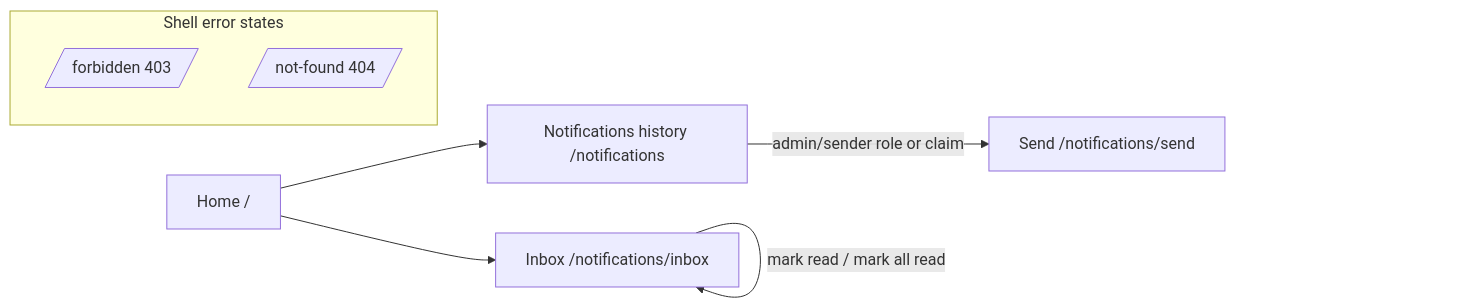
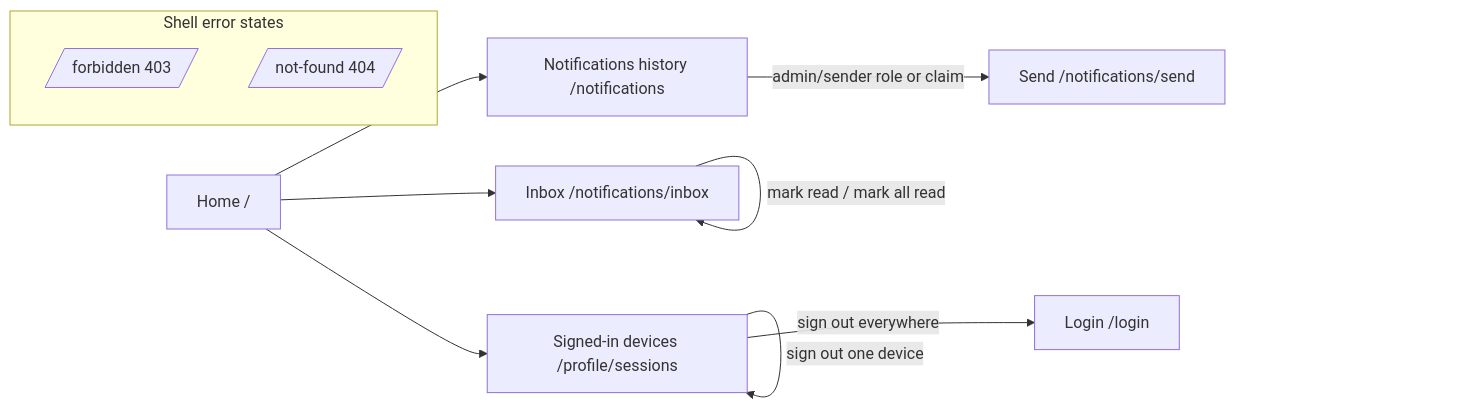
One commit to ivanball/MMCA.Common changed the second of 2 diagrams in NavigationFlow.md. Above: the diagram before and after it, drawn with Mermaid. The commit also changed other lines of this file and 89 other files, not shown here.

First line of the commit message:
feat!: v1.164 wave - per-device sessions, retention sweep, full UI Result conversion, cross-edge severity (#291)

````diff
--- a/NavigationFlow.md
+++ b/NavigationFlow.md
@@ -64,11 +65,14 @@
 ```mermaid
 flowchart LR
     H[Home /] --> N[Notifications history /notifications]
     H --> X[Inbox /notifications/inbox]
+    H --> D[Signed-in devices /profile/sessions]
     N -->|admin/sender role or claim| S[Send /notifications/send]
     X -->|mark read / mark all read| X
+    D -->|sign out one device| D
+    D -->|sign out everywhere| L[Login /login]
     subgraph Shell error states
       F[/forbidden 403/]
       NF[/not-found 404/]
     end
 ```
````
